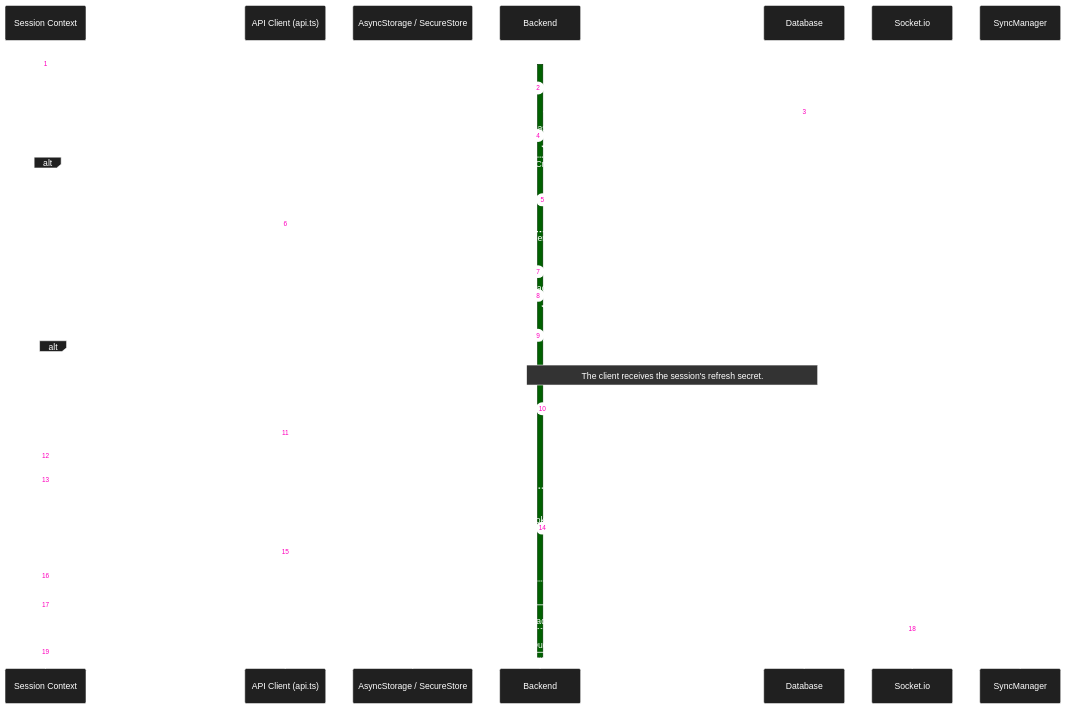
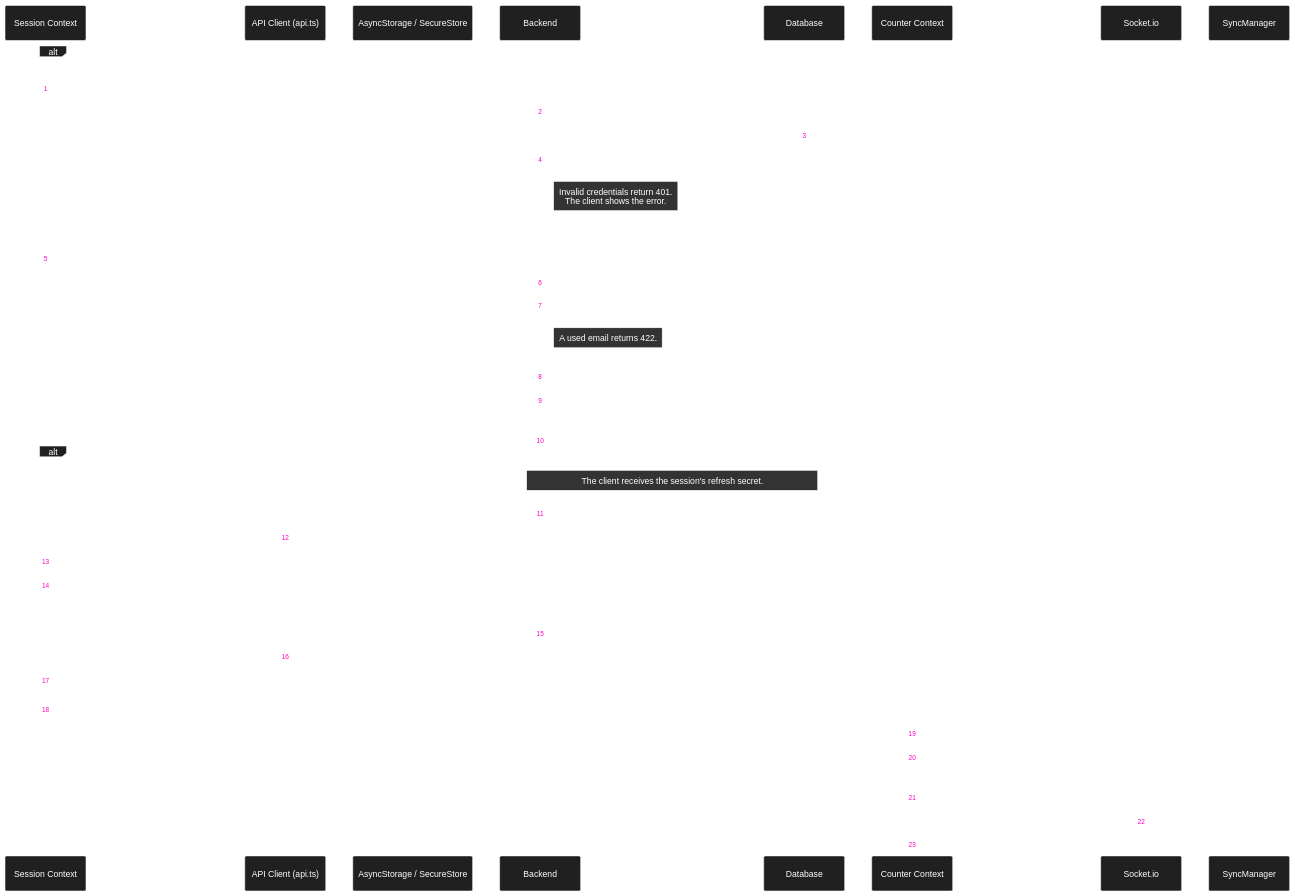
Before and after one commit to michaelgreenl/tally-tracker: the diagram in docs/diagrams/sequence/auth/login.md, drawn with Mermaid. The commit also changed other lines of this file and 8 other files, not shown here.

First line of the commit message:
docs(diagrams): match the diagrams to the current code

````diff
--- a/docs/diagrams/sequence/auth/login.md
+++ b/docs/diagrams/sequence/auth/login.md
@@ -3,61 +5,65 @@
 ```mermaid
 %%{
   init: {
     'theme': 'base',
     'themeVariables': {
       'primaryColor': '#202020',
       'primaryTextColor': '#fff',
       'primaryBorderColor': '#ffffff',
       'lineColor': '#00ff41',
       'secondaryColor': '#006100',
       'tertiaryColor': '#fff',
       'noteBkgColor': '#333',
       'noteTextColor': '#fff',
       'noteBorderColor': '#fff'
     }
   }
 }%%
 
 sequenceDiagram
     autonumber
     participant Store as Session Context
     participant Client as API Client (api.ts)
     participant Storage as AsyncStorage / SecureStore
     participant API as Backend
     participant DB as Database
+    participant Counters as Counter Context
     participant Socket as Socket.io
     participant Sync as SyncManager
 
-    Store->>Client: POST /users/login { email, password, rememberMe }
+    alt Login
+        Store->>Client: POST /users/login { email, password, rememberMe }
+        API->>DB: Find user by normalized email
+        DB-->>API: User record
+        API->>API: Compare password hash
+        Note right of API: Invalid credentials return 401.<br/>The client shows the error.
+    else Registration
+        Store->>Client: POST /users { email, password, rememberMe }
+        API->>DB: Create the user with a password hash
+        API->>API: Send a verification code in the background
+        Note right of API: A used email returns 422.
+    end
 
-    activate API
-    API->>DB: Find user by normalized email
-    DB-->>API: User record
-    API->>API: Compare password hash
+    API->>DB: Lock user and recheck password hash and session version
+    API->>API: Generate access token
+    API->>DB: Create a revocable login session
 
-    alt Invalid Credentials
-        API-->>Client: 401
-        Client-->>Store: ApiError
-    else Valid Credentials
-        API->>DB: Lock user and recheck password hash and session version
-        API->>API: Generate access token
-        API->>DB: Create a revocable login session
+    alt rememberMe true (always on native)
+        Note over API, DB: The client receives the session's refresh secret.
+        API-->>Client: 200 or 201 { user, accessToken, refreshToken } + Set-Cookie
+        Client-->>Store: Auth response
+        Store->>Storage: Store native tokens when present
+        Store->>Storage: Cache user profile after token writes finish
+    else rememberMe false on web
+        API-->>Client: 200 or 201 { user, accessToken } + Set-Cookie(access), clear old refresh cookie
+        Client-->>Store: Auth response
+        Store->>Storage: Cache user profile
+    end
 
-        alt rememberMe true or native login
-            Note over API, DB: The client receives the session's refresh secret.
-            API-->>Client: 200 { user, accessToken, refreshToken } + Set-Cookie
-            Client-->>Store: Auth response
-            Store->>Storage: Store native tokens when present
-            Store->>Storage: Cache user profile after token writes finish
-        else rememberMe false on web
-            API-->>Client: 200 { user, accessToken } + Set-Cookie(access), clear old refresh cookie
-            Client-->>Store: Auth response
-            Store->>Storage: Cache user profile
-        end
-
-        Store->>Socket: connectSocket()
-        Socket-->>Store: session-ready after authenticated room admission
-        Store->>Sync: processQueue()
-    end
-    deactivate API
+    Store->>Counters: New session user
+    Counters->>Client: GET /counters
+    Counters->>Counters: Queue any guest counters as CREATE commands
+    Counters->>Socket: connectSocket()
+    Socket-->>Counters: session-ready after authenticated room admission
+    Counters->>Sync: processQueue()
 ```
````
